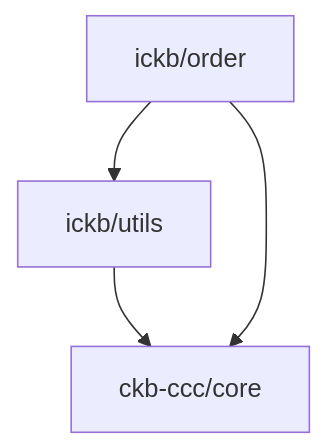
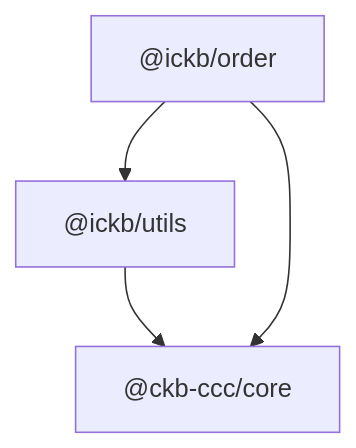
One commit to ickb/stack changed the diagram in packages/order/README.md. Above: the diagram before and after it, drawn with Mermaid.

Commit message:
Add back @ symbols and links to Mermaid dependency graph %4

````diff
--- a/packages/order/README.md
+++ b/packages/order/README.md
@@ -7,6 +7,10 @@
 ```mermaid
 graph TD;
-    A[ickb/utils] --> B[ckb-ccc/core];
-    C[ickb/order] --> A[ickb/utils];
-    C --> B[ckb-ccc/core];
+    A["@ickb/utils"] --> B["@ckb-ccc/core"];
+    C["@ickb/order"] --> A;
+    C --> B;
+
+    click A "https://github.com/ickb/utils" "Go to @ickb/utils"
+    click B "https://github.com/ckb-devrel/ccc/tree/master/packages/core" "Go to @ckb-ccc/core"
+    click C "https://github.com/ickb/order" "Go to @ickb/order"
 ```
````
